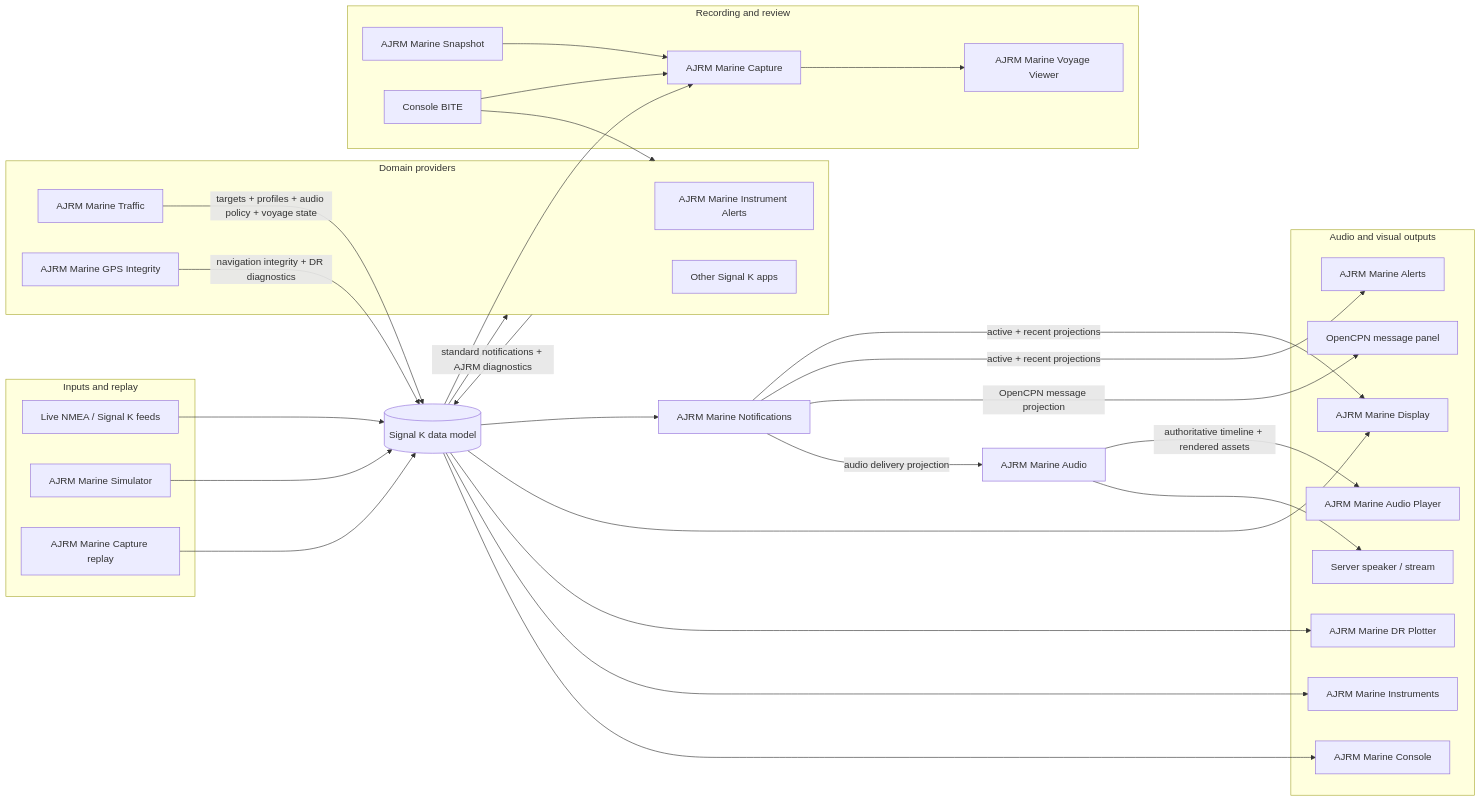
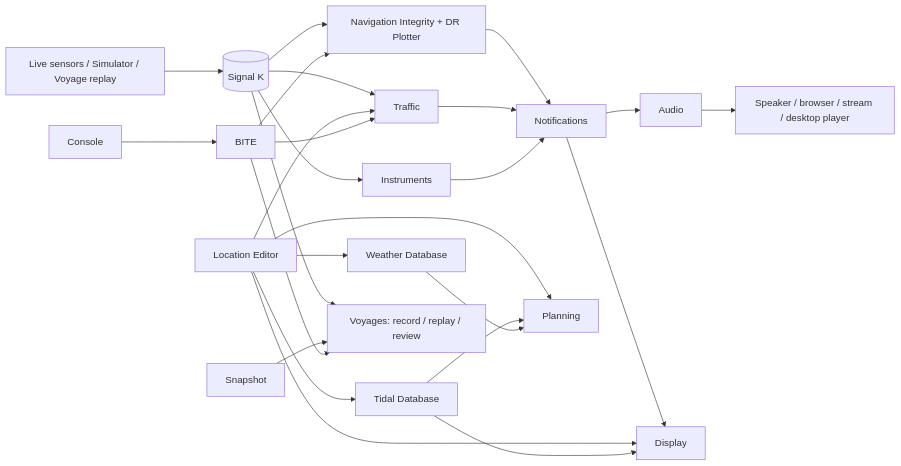
The diagram in docs/diagrams/target-architecture.mmd (ajrm-marine-suite/ajrm-marine-architecture), drawn with Mermaid before and after one commit. The commit also changed 8 other files, not shown here.

Commit message:
Document current suite architecture

```diff
--- a/docs/diagrams/target-architecture.mmd
+++ b/docs/diagrams/target-architecture.mmd
@@ -1,66 +1,27 @@
 flowchart LR
-  SK[("Signal K data model")]
+  Inputs["Live sensors / Simulator / Voyage replay"] --> SK[(Signal K)]
+  SK --> Navigation["Navigation Integrity + DR Plotter"]
+  SK --> Traffic
+  SK --> Instruments
+  Navigation --> Notifications
+  Traffic --> Notifications
+  Instruments --> Notifications
+  Notifications --> Audio
+  Notifications --> Display
+  Audio --> Outputs["Speaker / browser / stream / desktop player"]
 
-  subgraph Inputs["Inputs and replay"]
-    Live["Live NMEA / Signal K feeds"]
-    Sim["AJRM Marine Simulator"]
-    CaptureReplay["AJRM Marine Capture replay"]
-  end
+  Locations["Location Editor"] --> Tides["Tidal Database"]
+  Locations --> Weather["Weather Database"]
+  Locations --> Traffic
+  Locations --> Display
+  Locations --> Planning
+  Tides --> Display
+  Tides --> Planning
+  Weather --> Planning
 
-  subgraph Providers["Domain providers"]
-    Traffic["AJRM Marine Traffic"]
-    GPS["AJRM Marine GPS Integrity"]
-    InstrumentAlerts["AJRM Marine Instrument Alerts"]
-    Other["Other Signal K apps"]
-  end
-
-  Notifications["AJRM Marine Notifications"]
-  Audio["AJRM Marine Audio"]
-
-  subgraph Outputs["Audio and visual outputs"]
-    Display["AJRM Marine Display"]
-    Alerts["AJRM Marine Alerts"]
-    Console["AJRM Marine Console"]
-    DrPlotter["AJRM Marine DR Plotter"]
-    Instruments["AJRM Marine Instruments"]
-    DesktopPlayer["AJRM Marine Audio Player"]
-    OpenCpn["OpenCPN message panel"]
-    ServerSpeaker["Server speaker / stream"]
-  end
-
-  subgraph Recording["Recording and review"]
-    Capture["AJRM Marine Capture"]
-    Snapshot["AJRM Marine Snapshot"]
-    Viewer["AJRM Marine Voyage Viewer"]
-    Bite["Console BITE"]
-  end
-
-  Live --> SK
-  Sim --> SK
-  CaptureReplay --> SK
-
-  SK --> Providers
-  Providers -->|"standard notifications + AJRM diagnostics"| SK
-
-  SK --> Notifications
-  Notifications -->|"active + recent projections"| Display
-  Notifications -->|"active + recent projections"| Alerts
-  Notifications -->|"OpenCPN message projection"| OpenCpn
-  Notifications -->|"audio delivery projection"| Audio
-
-  Traffic -->|"targets + profiles + audio policy + voyage state"| SK
-  GPS -->|"navigation integrity + DR diagnostics"| SK
-
-  Audio -->|"authoritative timeline + rendered assets"| DesktopPlayer
-  Audio --> ServerSpeaker
-
-  SK --> Display
-  SK --> DrPlotter
-  SK --> Instruments
-  SK --> Console
-
-  SK --> Capture
-  Snapshot --> Capture
-  Capture --> Viewer
-  Bite --> Capture
-  Bite --> Providers
+  SK --> Voyages["Voyages: record / replay / review"]
+  Snapshot --> Voyages
+  Console --> BITE
+  BITE --> Traffic
+  BITE --> Navigation
+  BITE --> Voyages
```
